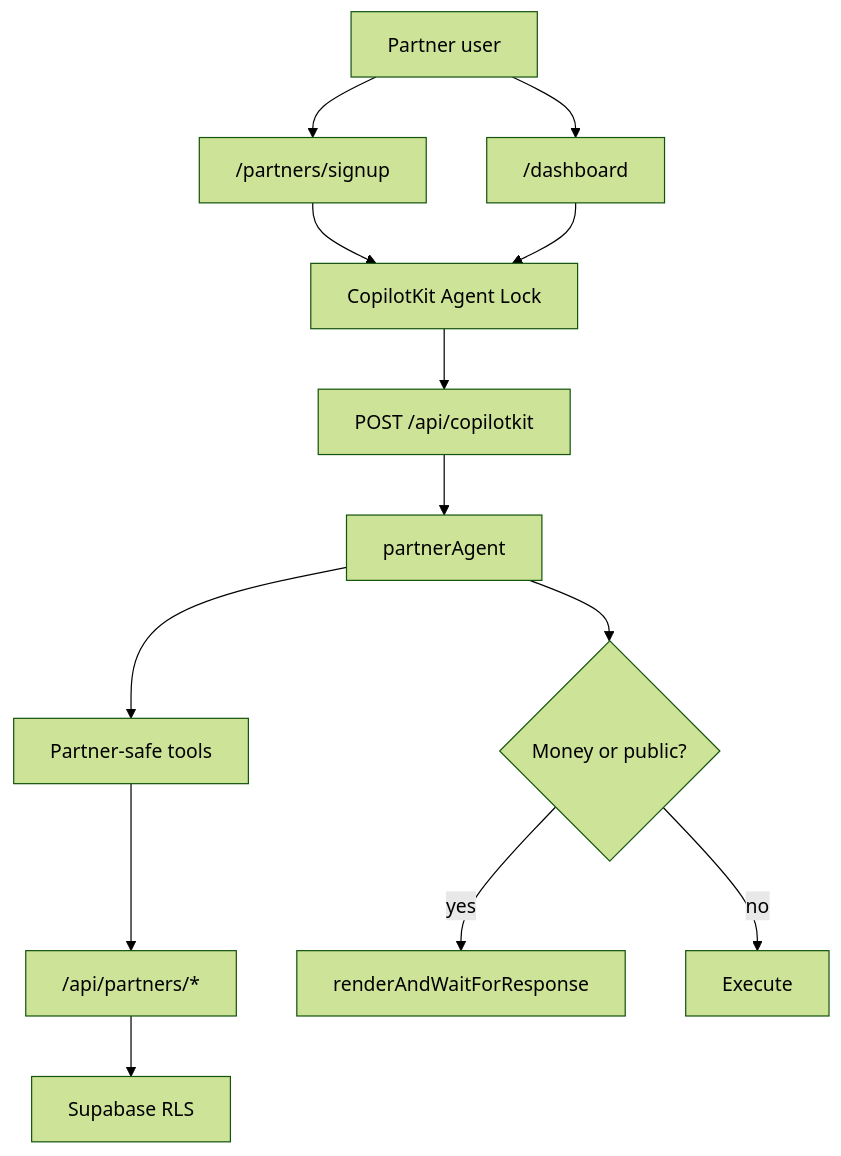
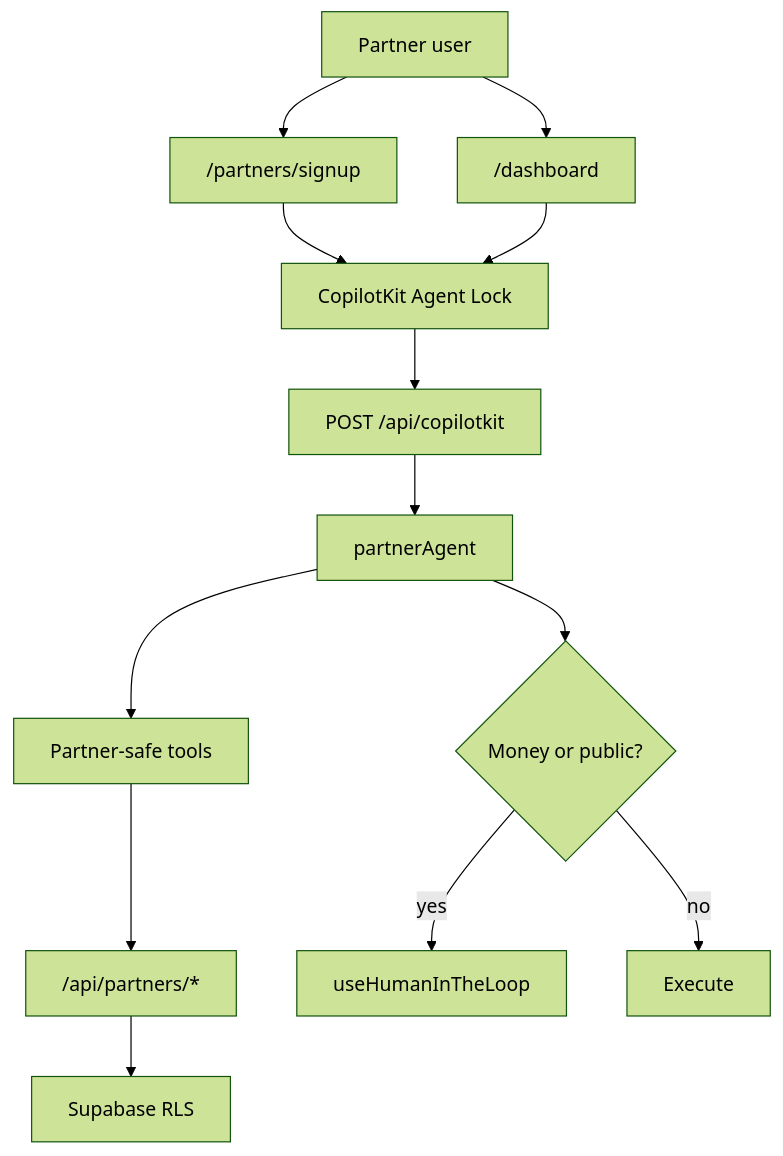
Before and after one commit to amo-tech-ai/mdeapp: the first of 2 diagrams in docs/partners/tasks/AGT-PTR-INDEX.md, drawn with Mermaid (forest theme). The commit also changed other lines of this file and 25 other files, not shown here.

````diff
--- a/docs/partners/tasks/AGT-PTR-INDEX.md
+++ b/docs/partners/tasks/AGT-PTR-INDEX.md
@@ -17,18 +19,18 @@
 ```mermaid
 flowchart TD
   accTitle: Partners AI system
   accDescr: Single partnerAgent with capability flags across signup and dashboard surfaces.
 
   Partner["Partner user"] --> Signup["/partners/signup"]
   Partner --> Dash["/dashboard"]
   Signup --> CK["CopilotKit Agent Lock"]
   Dash --> CK
   CK --> API["POST /api/copilotkit"]
   API --> Agent["partnerAgent"]
   Agent --> Tools["Partner-safe tools"]
   Tools --> Routes["/api/partners/*"]
   Routes --> DB["Supabase RLS"]
   Agent --> HITL{"Money or public?"}
-  HITL -->|yes| Approve["renderAndWaitForResponse"]
+  HITL -->|yes| Approve["useHumanInTheLoop"]
   HITL -->|no| Run["Execute"]
 ```
````
